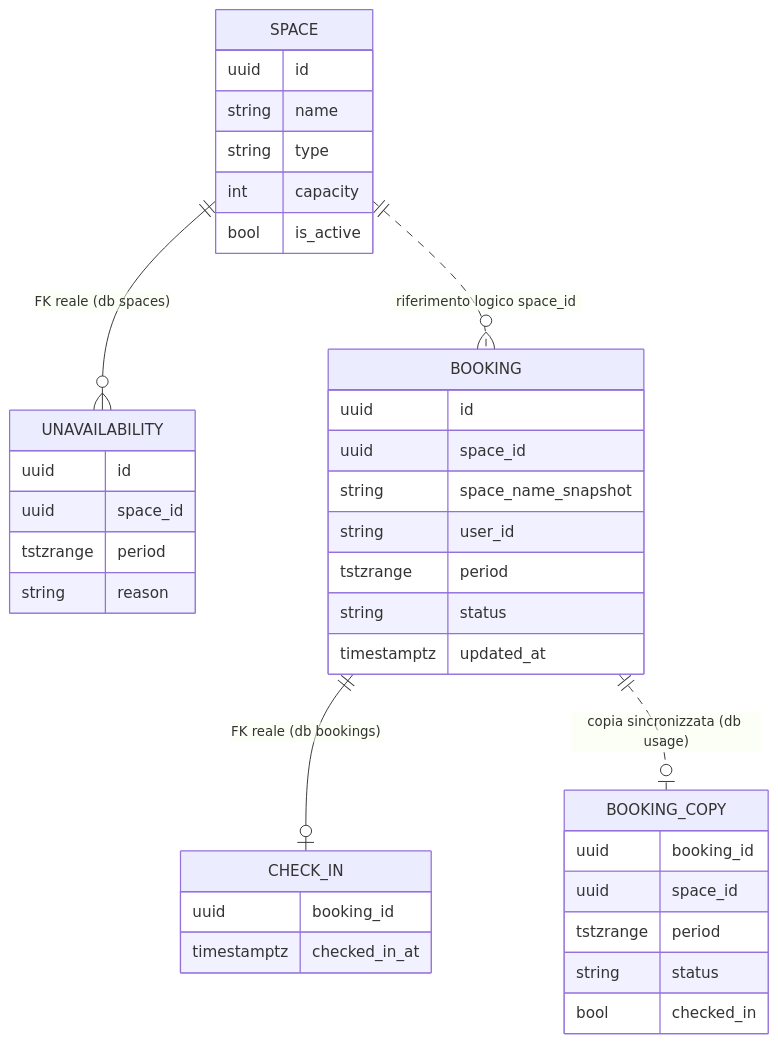
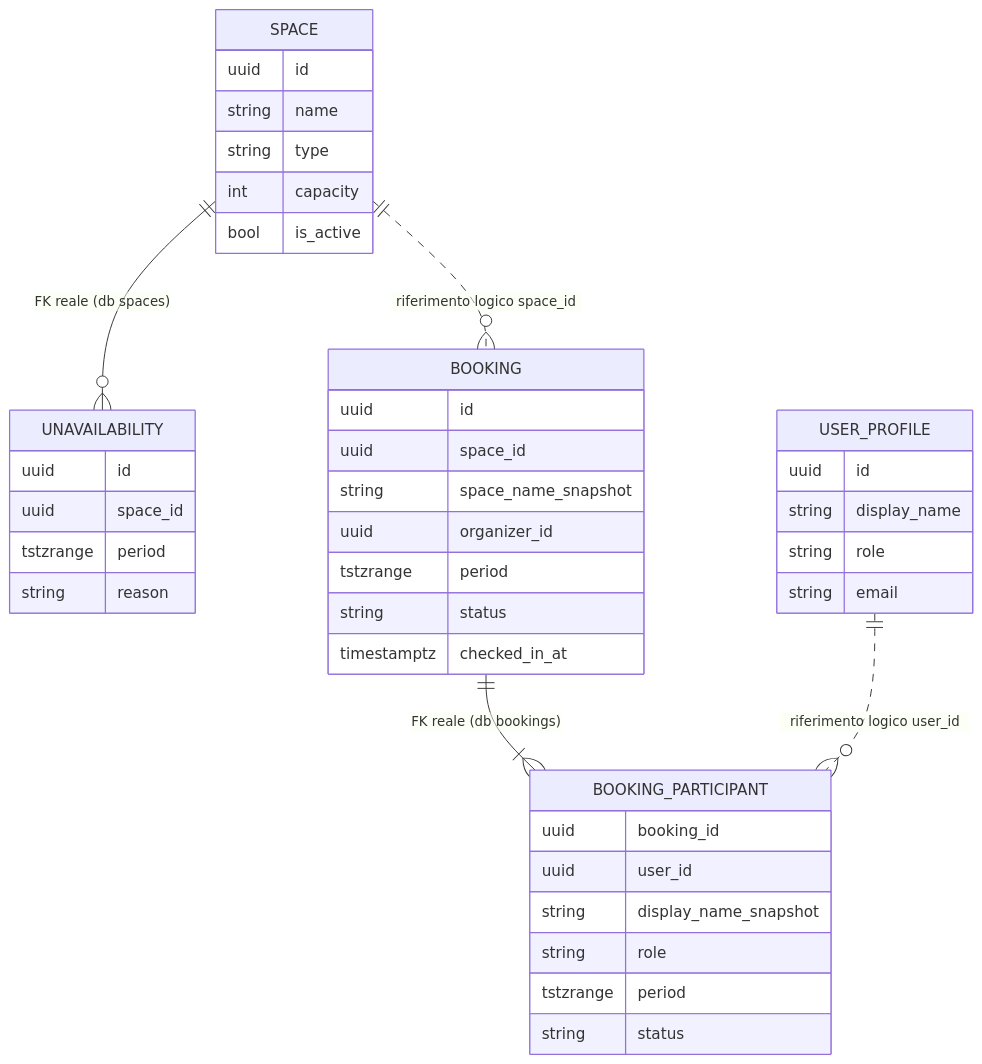
Before and after one commit to loggione-finale/smartcampus: the second of 3 diagrams in docs/architecture.md, drawn with Mermaid. The commit also changed other lines of this file and 5 other files, not shown here.

````diff
--- a/docs/architecture.md
+++ b/docs/architecture.md
@@ -59,40 +107,43 @@
 ```mermaid
 erDiagram
     SPACE ||--o{ UNAVAILABILITY : "FK reale (db spaces)"
-    BOOKING ||--o| CHECK_IN : "FK reale (db bookings)"
+    BOOKING ||--|{ BOOKING_PARTICIPANT : "FK reale (db bookings)"
     SPACE ||..o{ BOOKING : "riferimento logico space_id"
-    BOOKING ||..o| BOOKING_COPY : "copia sincronizzata (db usage)"
+    USER_PROFILE ||..o{ BOOKING_PARTICIPANT : "riferimento logico user_id"
     SPACE {
         uuid id
         string name
         string type
         int capacity
         bool is_active
     }
     UNAVAILABILITY {
         uuid id
         uuid space_id
         tstzrange period
         string reason
     }
     BOOKING {
         uuid id
         uuid space_id
         string space_name_snapshot
-        string user_id
+        uuid organizer_id
         tstzrange period
         string status
-        timestamptz updated_at
-    }
-    CHECK_IN {
-        uuid booking_id
         timestamptz checked_in_at
     }
-    BOOKING_COPY {
+    BOOKING_PARTICIPANT {
         uuid booking_id
-        uuid space_id
+        uuid user_id
+        string display_name_snapshot
+        string role
         tstzrange period
         string status
-        bool checked_in
+    }
+    USER_PROFILE {
+        uuid id
+        string display_name
+        string role
+        string email
     }
 ```
````
